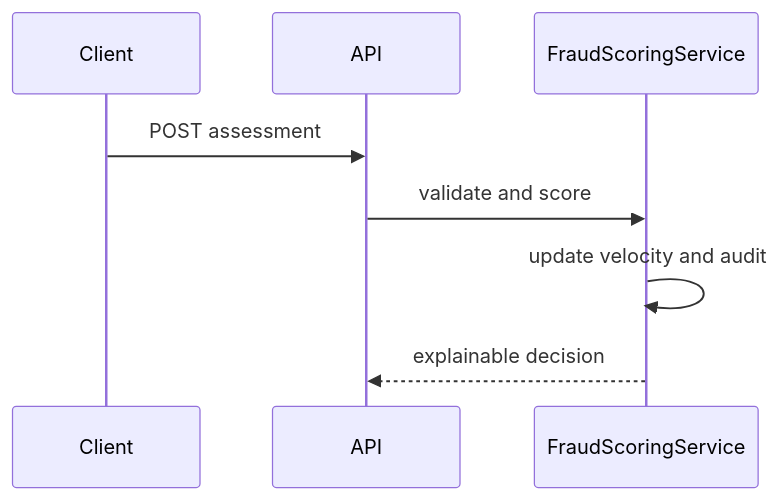
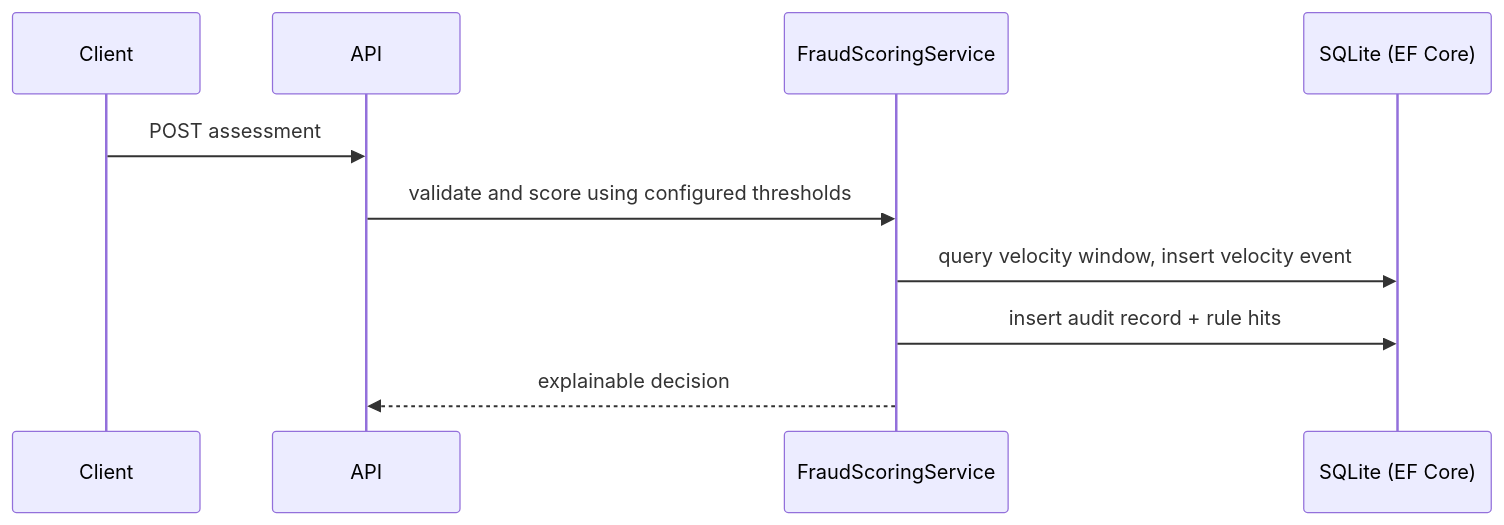
Before and after one commit to Dedmoo/TransactionFraudEngine: the second of 2 diagrams in docs/uml.md, drawn with Mermaid. The commit also changed other lines of this file and 23 other files, not shown here.

````diff
--- a/docs/uml.md
+++ b/docs/uml.md
@@ -12,10 +16,12 @@
 ```mermaid
 sequenceDiagram
   participant C as Client
   participant A as API
   participant S as FraudScoringService
+  participant DB as SQLite (EF Core)
   C->>A: POST assessment
-  A->>S: validate and score
-  S->>S: update velocity and audit
+  A->>S: validate and score using configured thresholds
+  S->>DB: query velocity window, insert velocity event
+  S->>DB: insert audit record + rule hits
   S-->>A: explainable decision
 ```
````
